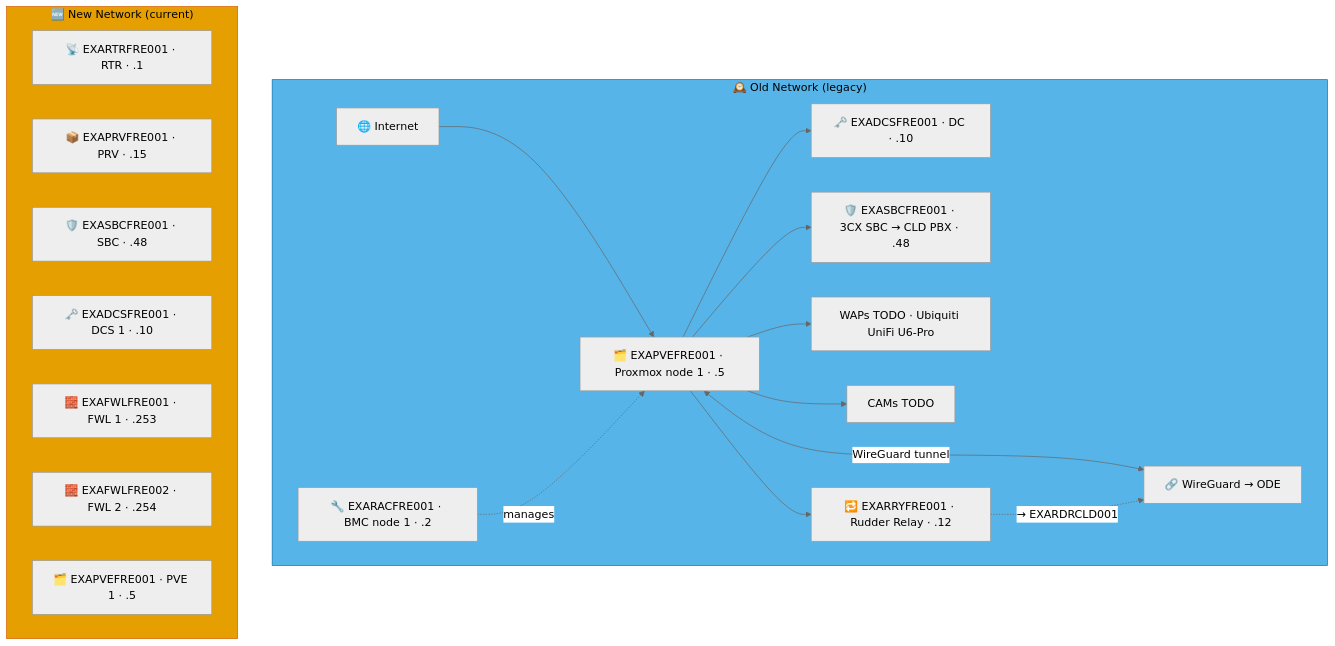
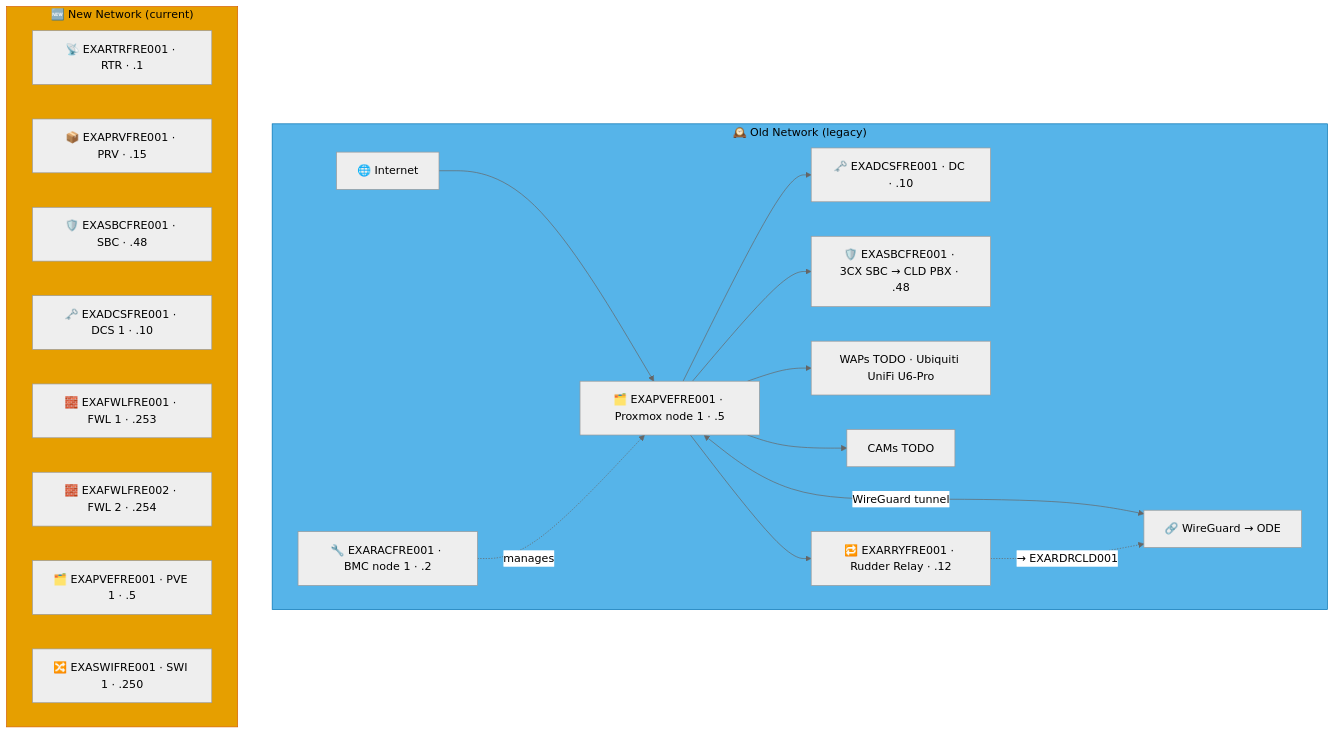
Before and after one commit to knightmare2600/example_music_infra: the seventh of 9 diagrams in docs/network-diagram/danmark.md, drawn with Mermaid (neutral theme). The commit also changed other lines of this file and 12 other files, not shown here.

````diff
--- a/docs/network-diagram/danmark.md
+++ b/docs/network-diagram/danmark.md
@@ -320,35 +325,36 @@
 ```mermaid
 graph TD
     subgraph OLD_FRE ["🕰️ Old Network (legacy)"]
       INET["🌐 Internet"]
       RAC["🔧 EXARACFRE001 · BMC node 1 · .2"]
       PVE["🗂️ EXAPVEFRE001 · Proxmox node 1 · .5"]
       DC["🗝️ EXADCSFRE001 · DC · .10"]
       SBC["🛡️ EXASBCFRE001 · 3CX SBC → CLD PBX · .48"]
       RRY["🔁 EXARRYFRE001 · Rudder Relay · .12"]
       WAP["WAPs TODO · Ubiquiti UniFi U6-Pro"]
       CAM["CAMs TODO"]
       VPN["🔗 WireGuard → ODE"]
 
       INET --> PVE --> DC & SBC
       RAC -.->|"manages"| PVE
       PVE --> WAP & CAM
       PVE <-->|"WireGuard tunnel"| VPN
 
       PVE --> RRY
       RRY -. "→ EXARDRCLD001" .-> VPN
     end
     style OLD_FRE fill:#56B4E9,stroke:#0072B2,color:#000000
     %% GENERATED:NEW-NETWORK:FRE:START
     subgraph NEW_FRE ["🆕 New Network (current)"]
       N_RTR["📡 EXARTRFRE001 · RTR · .1"]
       N_PRV["📦 EXAPRVFRE001 · PRV · .15"]
       N_SBC["🛡️ EXASBCFRE001 · SBC · .48"]
       N_DCS["🗝️ EXADCSFRE001 · DCS 1 · .10"]
       N_FWL["🧱 EXAFWLFRE001 · FWL 1 · .253"]
       N_FWL2["🧱 EXAFWLFRE002 · FWL 2 · .254"]
       N_PVE["🗂️ EXAPVEFRE001 · PVE 1 · .5"]
+      N_SWI["🔀 EXASWIFRE001 · SWI 1 · .250"]
     end
     style NEW_FRE fill:#E69F00,stroke:#D55E00,color:#000000
     %% GENERATED:NEW-NETWORK:FRE:END
 ```
````
